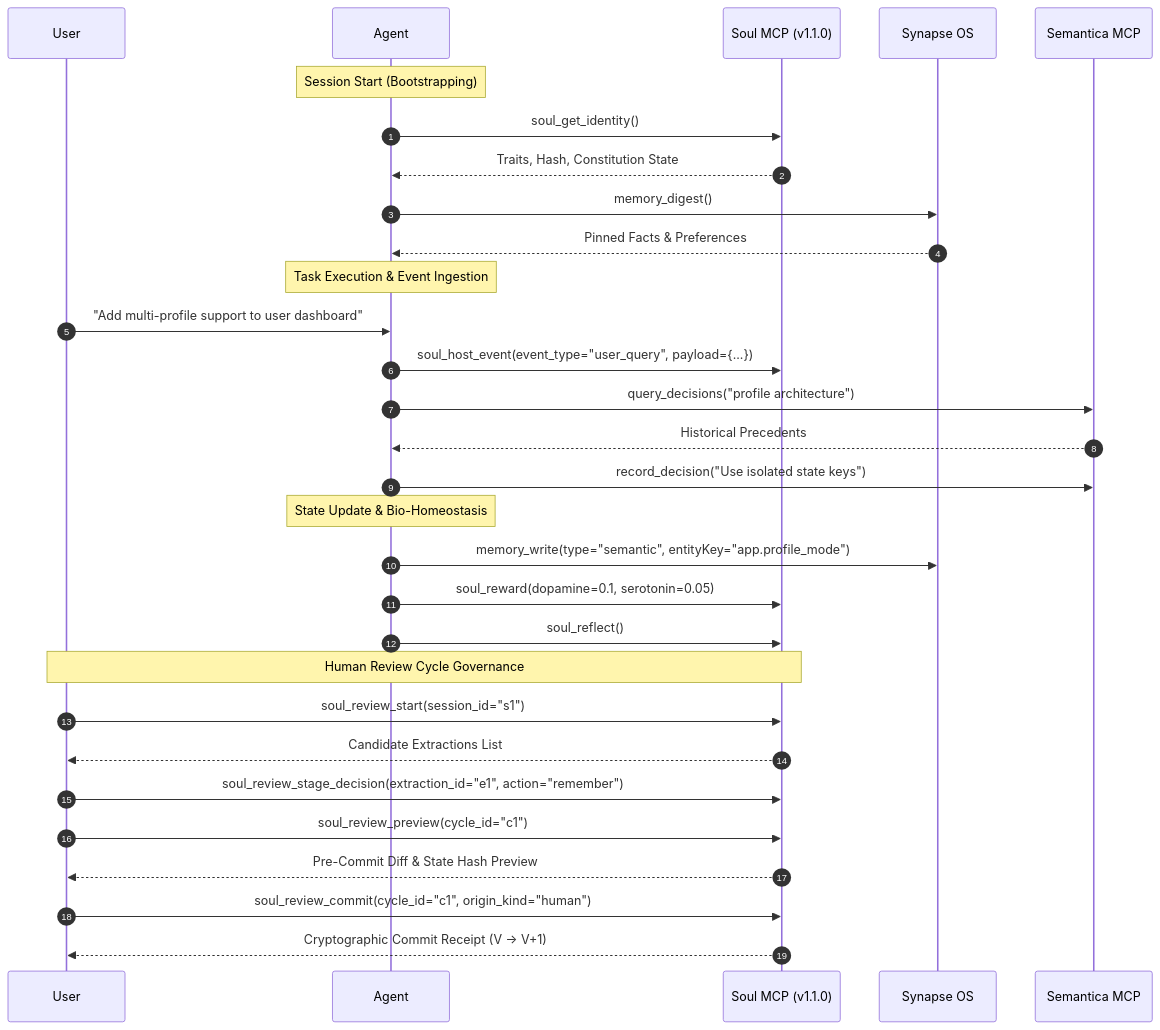
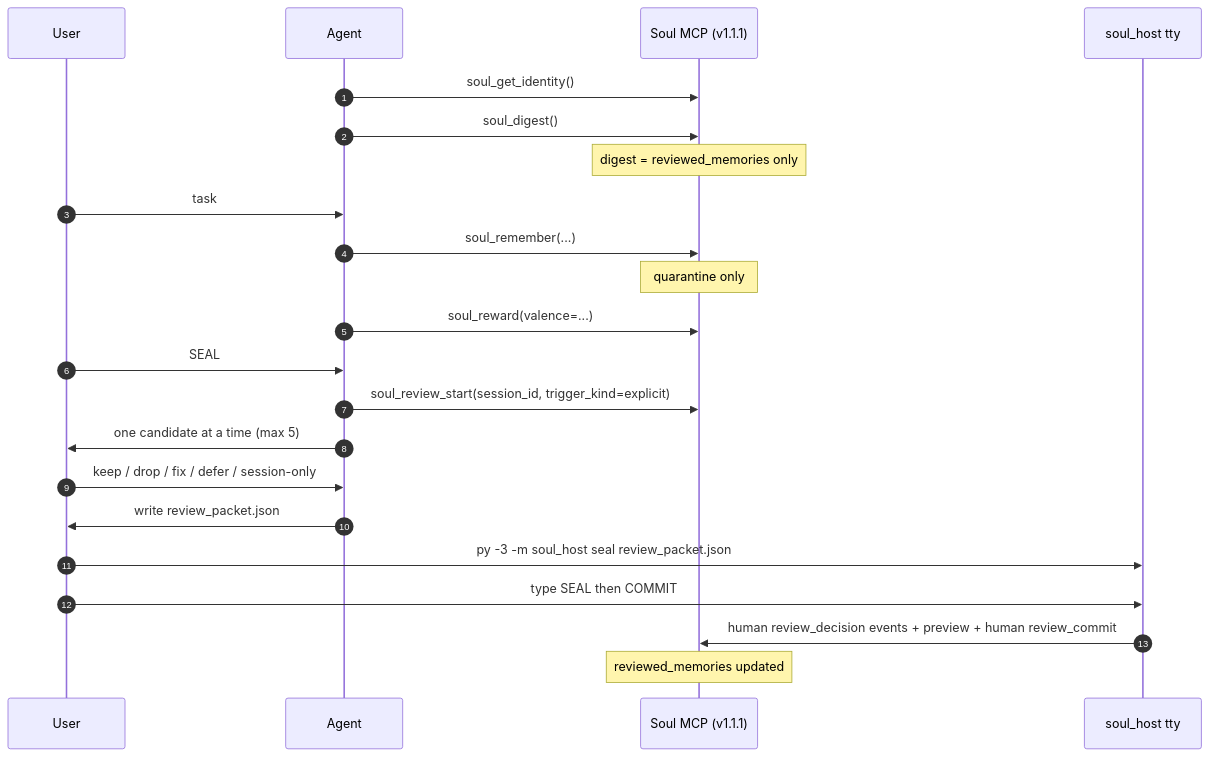
One commit to Azhonaras/soul-engine changed the diagram in docs/MCP_TOOL_USAGE_GUIDELINE.md. Above: the diagram before and after it, drawn with Mermaid. The commit also changed other lines of this file and 51 other files, not shown here.

````diff
--- a/docs/MCP_TOOL_USAGE_GUIDELINE.md
+++ b/docs/MCP_TOOL_USAGE_GUIDELINE.md
@@ -129,36 +75,25 @@
 ```mermaid
 sequenceDiagram
     autonumber
     participant User
     participant Agent
-    participant Soul as Soul MCP (v1.1.0)
-    participant Synapse as Synapse OS
-    participant Semantica as Semantica MCP
+    participant Soul as Soul MCP (v1.1.1)
+    participant Host as soul_host tty
 
-    Note over Agent: Session Start (Bootstrapping)
     Agent->>Soul: soul_get_identity()
-    Soul-->>Agent: Traits, Hash, Constitution State
-    Agent->>Synapse: memory_digest()
-    Synapse-->>Agent: Pinned Facts & Preferences
-
-    Note over Agent: Task Execution & Event Ingestion
-    User->>Agent: "Add multi-profile support to user dashboard"
-    Agent->>Soul: soul_host_event(event_type="user_query", payload={...})
-    Agent->>Semantica: query_decisions("profile architecture")
-    Semantica-->>Agent: Historical Precedents
-    Agent->>Semantica: record_decision("Use isolated state keys")
-
-    Note over Agent: State Update & Bio-Homeostasis
-    Agent->>Synapse: memory_write(type="semantic", entityKey="app.profile_mode")
-    Agent->>Soul: soul_reward(dopamine=0.1, serotonin=0.05)
-    Agent->>Soul: soul_reflect()
-
-    Note over User,Soul: Human Review Cycle Governance
-    User->>Soul: soul_review_start(session_id="s1")
-    Soul-->>User: Candidate Extractions List
-    User->>Soul: soul_review_stage_decision(extraction_id="e1", action="remember")
-    User->>Soul: soul_review_preview(cycle_id="c1")
-    Soul-->>User: Pre-Commit Diff & State Hash Preview
-    User->>Soul: soul_review_commit(cycle_id="c1", origin_kind="human")
-    Soul-->>User: Cryptographic Commit Receipt (V -> V+1)
+    Agent->>Soul: soul_digest()
+    Note over Soul: digest = reviewed_memories only
+    User->>Agent: task
+    Agent->>Soul: soul_remember(...)
+    Note over Soul: quarantine only
+    Agent->>Soul: soul_reward(valence=...)
+    User->>Agent: SEAL
+    Agent->>Soul: soul_review_start(session_id, trigger_kind=explicit)
+    Agent->>User: one candidate at a time (max 5)
+    User->>Agent: keep / drop / fix / defer / session-only
+    Agent->>User: write review_packet.json
+    User->>Host: py -3 -m soul_host seal review_packet.json
+    User->>Host: type SEAL then COMMIT
+    Host->>Soul: human review_decision events + preview + human review_commit
+    Note over Soul: reviewed_memories updated
 ```
````
